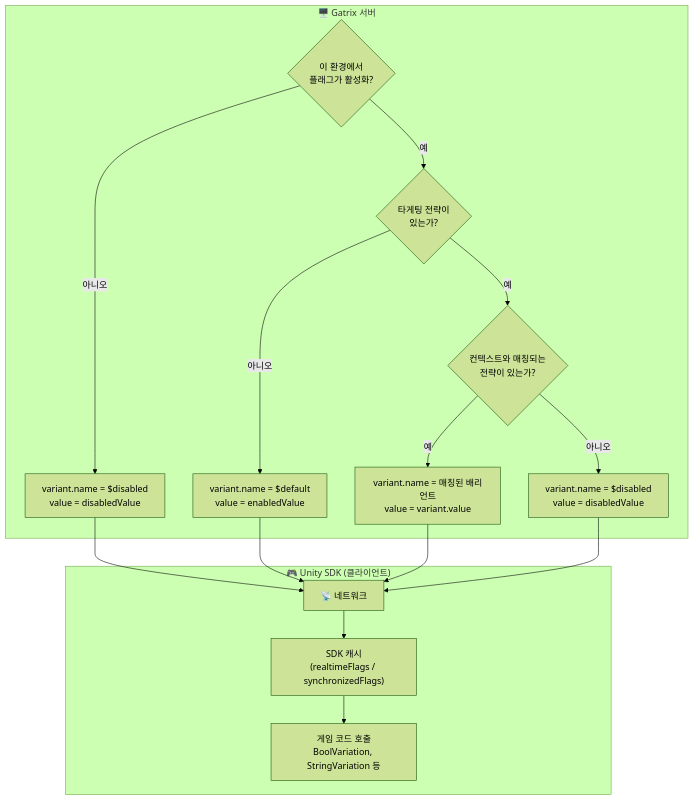
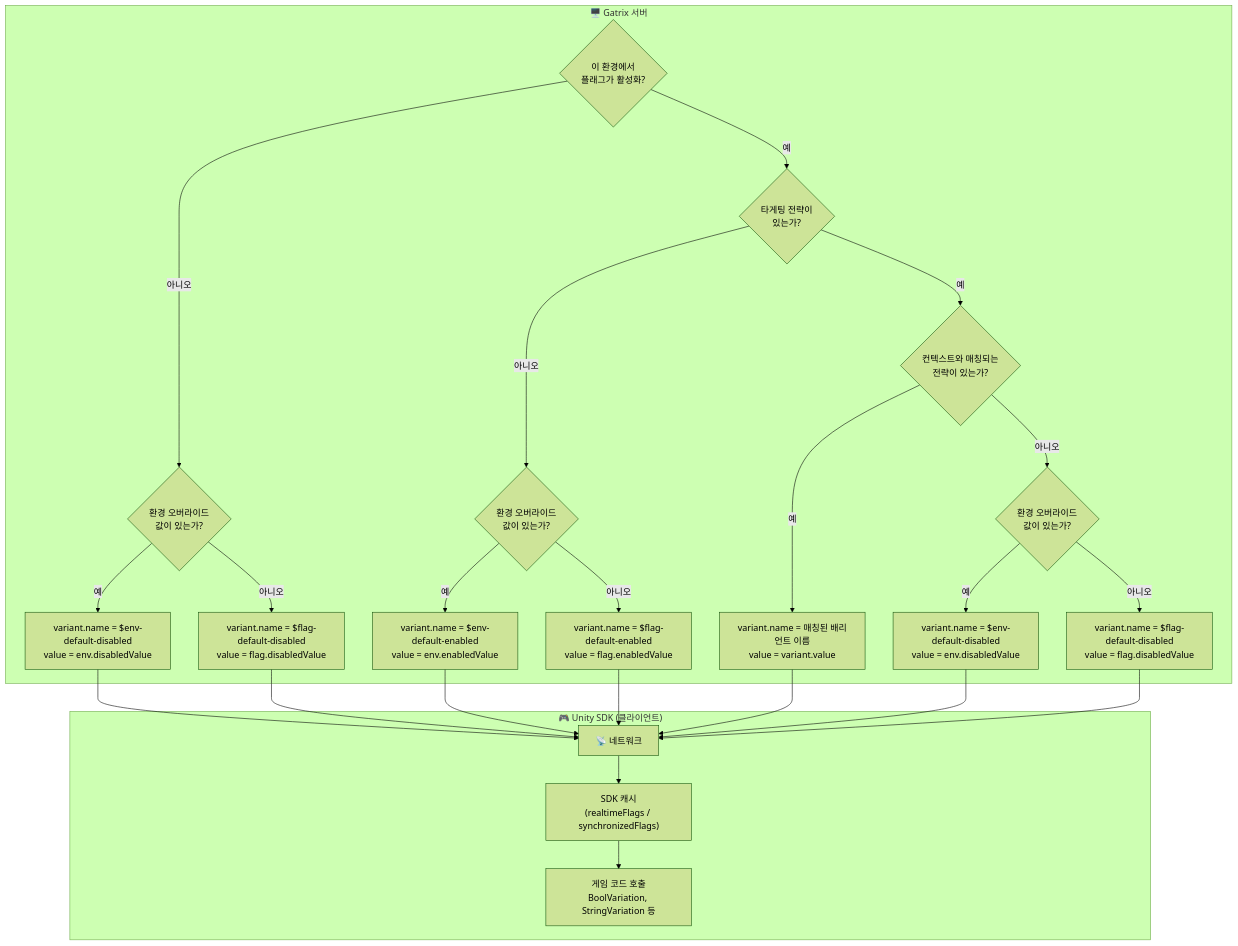
Before and after one commit to maxidea1024/gatrix: the second of 8 diagrams in packages/sdks/client-sdks/gatrix-unity-sdk/README.ko.md, drawn with Mermaid (forest theme). The commit also changed other lines of this file and 1 other file, not shown here.

Commit message:
docs(unity-sdk): fix variant names and add Variation API signatures with fallbackValue explanation

````diff
--- a/packages/sdks/client-sdks/gatrix-unity-sdk/README.ko.md
+++ b/packages/sdks/client-sdks/gatrix-unity-sdk/README.ko.md
@@ -77,22 +77,31 @@
 ```mermaid
 flowchart TD
     subgraph SERVER ["🖥️ Gatrix 서버"]
         S1{"이 환경에서<br/>플래그가 활성화?"}
-        S1 -->|아니오| S2["variant.name = $disabled<br/>value = disabledValue"]
+        S1 -->|아니오| S2{"환경 오버라이드<br/>값이 있는가?"}
+        S2 -->|예| S2A["variant.name = $env-default-disabled<br/>value = env.disabledValue"]
+        S2 -->|아니오| S2B["variant.name = $flag-default-disabled<br/>value = flag.disabledValue"]
         S1 -->|예| S3{"타게팅 전략이<br/>있는가?"}
-        S3 -->|아니오| S4["variant.name = $default<br/>value = enabledValue"]
+        S3 -->|아니오| S4{"환경 오버라이드<br/>값이 있는가?"}
+        S4 -->|예| S4A["variant.name = $env-default-enabled<br/>value = env.enabledValue"]
+        S4 -->|아니오| S4B["variant.name = $flag-default-enabled<br/>value = flag.enabledValue"]
         S3 -->|예| S5{"컨텍스트와 매칭되는<br/>전략이 있는가?"}
-        S5 -->|예| S6["variant.name = 매칭된 배리언트<br/>value = variant.value"]
-        S5 -->|아니오| S7["variant.name = $disabled<br/>value = disabledValue"]
+        S5 -->|예| S6["variant.name = 매칭된 배리언트 이름<br/>value = variant.value"]
+        S5 -->|아니오| S7{"환경 오버라이드<br/>값이 있는가?"}
+        S7 -->|예| S7A["variant.name = $env-default-disabled<br/>value = env.disabledValue"]
+        S7 -->|아니오| S7B["variant.name = $flag-default-disabled<br/>value = flag.disabledValue"]
     end
 
-    S2 --> NET["📡 네트워크"]
-    S4 --> NET
+    S2A --> NET["📡 네트워크"]
+    S2B --> NET
+    S4A --> NET
+    S4B --> NET
     S6 --> NET
-    S7 --> NET
+    S7A --> NET
+    S7B --> NET
 
     subgraph SDK ["🎮 Unity SDK (클라이언트)"]
         NET --> CACHE["SDK 캐시<br/>(realtimeFlags / synchronizedFlags)"]
         CACHE --> ACCESS["게임 코드 호출<br/>BoolVariation, StringVariation 등"]
     end
 ```
````
